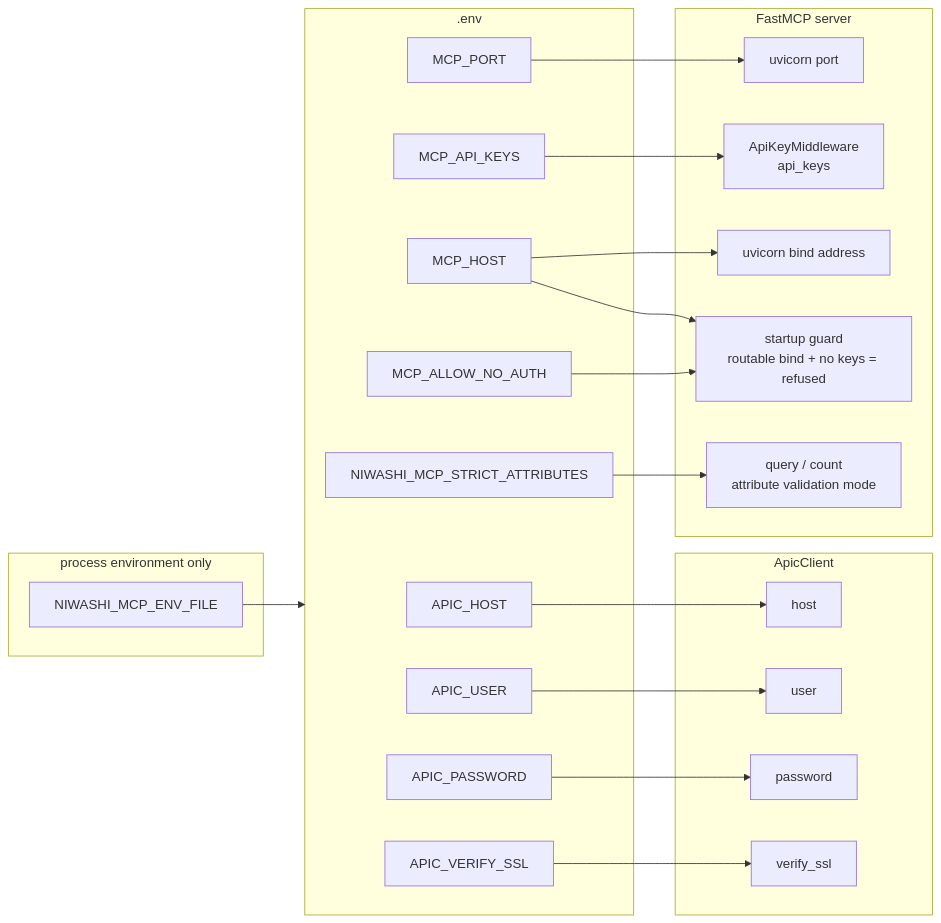
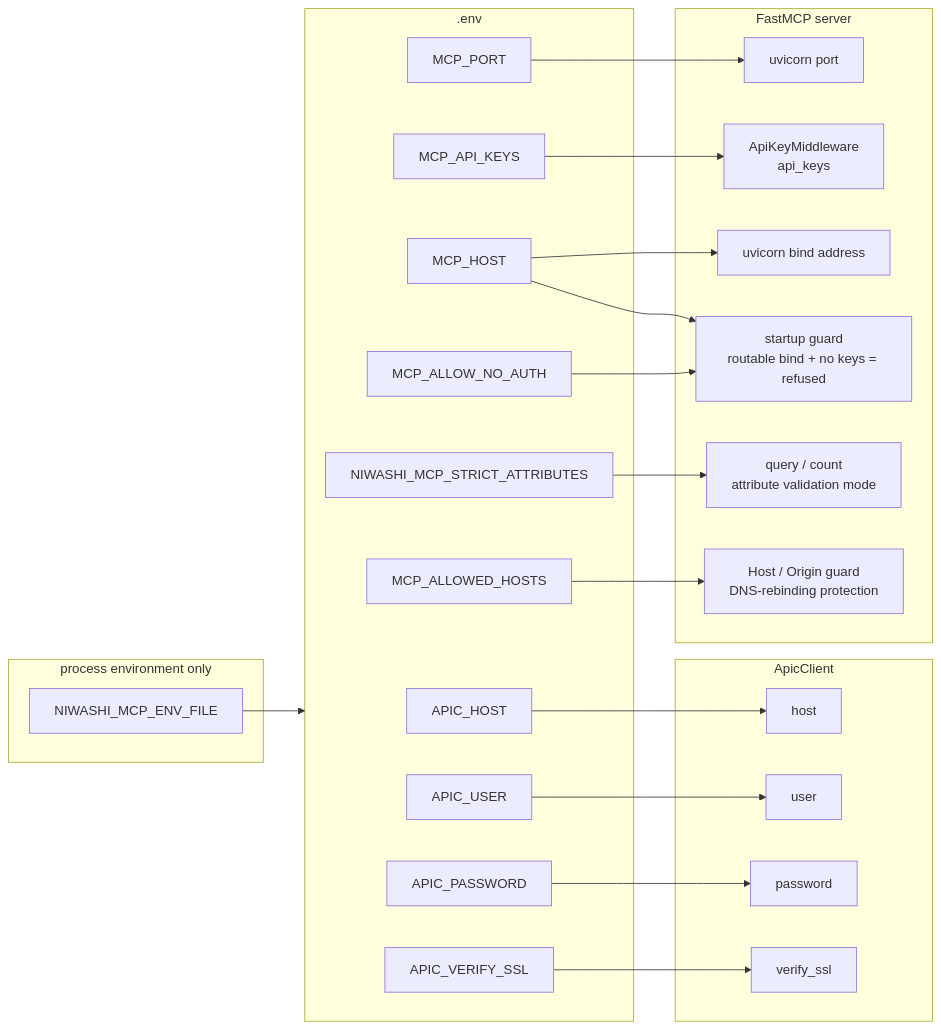
Before and after one commit to k3l0-dev/niwashi-mcp: the diagram in docs/configuration/settings.md, drawn with Mermaid. The commit also changed other lines of this file and 4 other files, not shown here.

````diff
--- a/docs/configuration/settings.md
+++ b/docs/configuration/settings.md
@@ -16,45 +16,48 @@
 ```mermaid
 graph LR
     subgraph env[".env"]
         E1["APIC_HOST"]
         E2["APIC_USER"]
         E3["APIC_PASSWORD"]
         E4["APIC_VERIFY_SSL"]
         E5["MCP_PORT"]
         E6["MCP_API_KEYS"]
         E8["MCP_HOST"]
         E9["MCP_ALLOW_NO_AUTH"]
         E10["NIWASHI_MCP_STRICT_ATTRIBUTES"]
+        E11["MCP_ALLOWED_HOSTS"]
     end
 
     subgraph shell["process environment only"]
         X1["NIWASHI_MCP_ENV_FILE"]
     end
 
     subgraph apic_client["ApicClient"]
         A1["host"]
         A2["user"]
         A3["password"]
         A4["verify_ssl"]
     end
 
     subgraph server["FastMCP server"]
         S1["uvicorn port"]
         S2["ApiKeyMiddleware<br/>api_keys"]
         S3["uvicorn bind address"]
         S4["startup guard<br/>routable bind + no keys = refused"]
         S5["query / count<br/>attribute validation mode"]
+        S6["Host / Origin guard<br/>DNS-rebinding protection"]
     end
 
     E1 --> A1
     E2 --> A2
     E3 --> A3
     E4 --> A4
     E5 --> S1
     E6 --> S2
     E8 --> S3
     E8 --> S4
     E9 --> S4
     E10 --> S5
+    E11 --> S6
     X1 --> env
 ```
````
